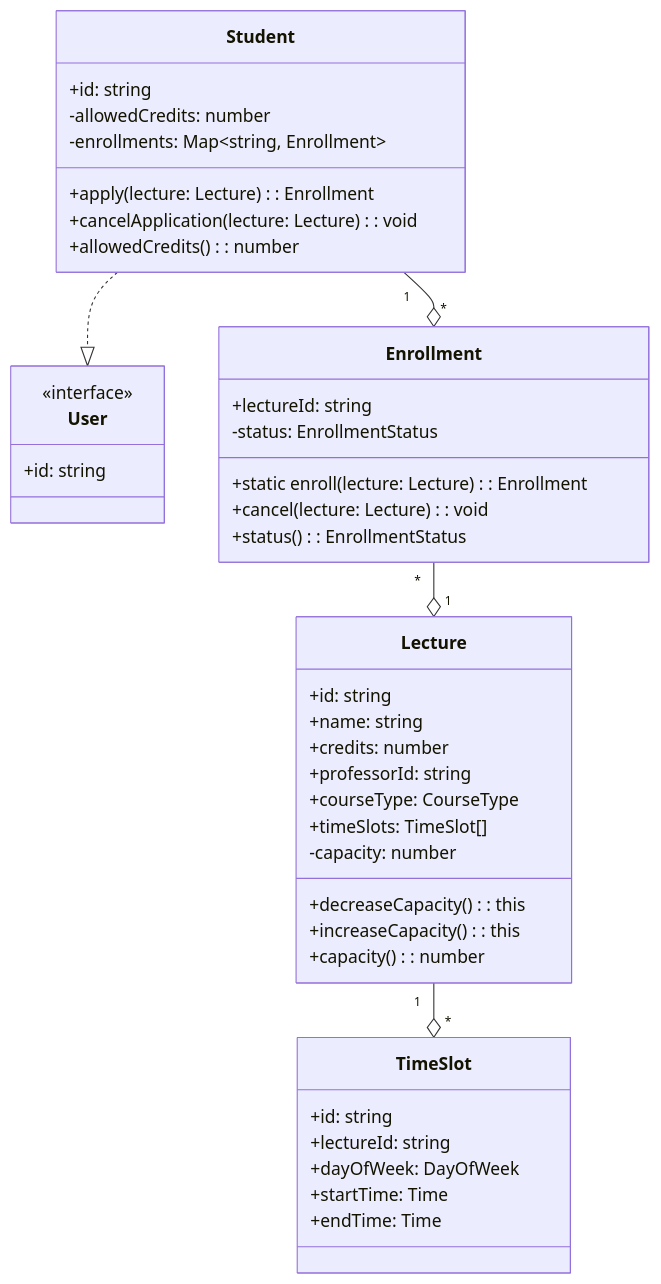
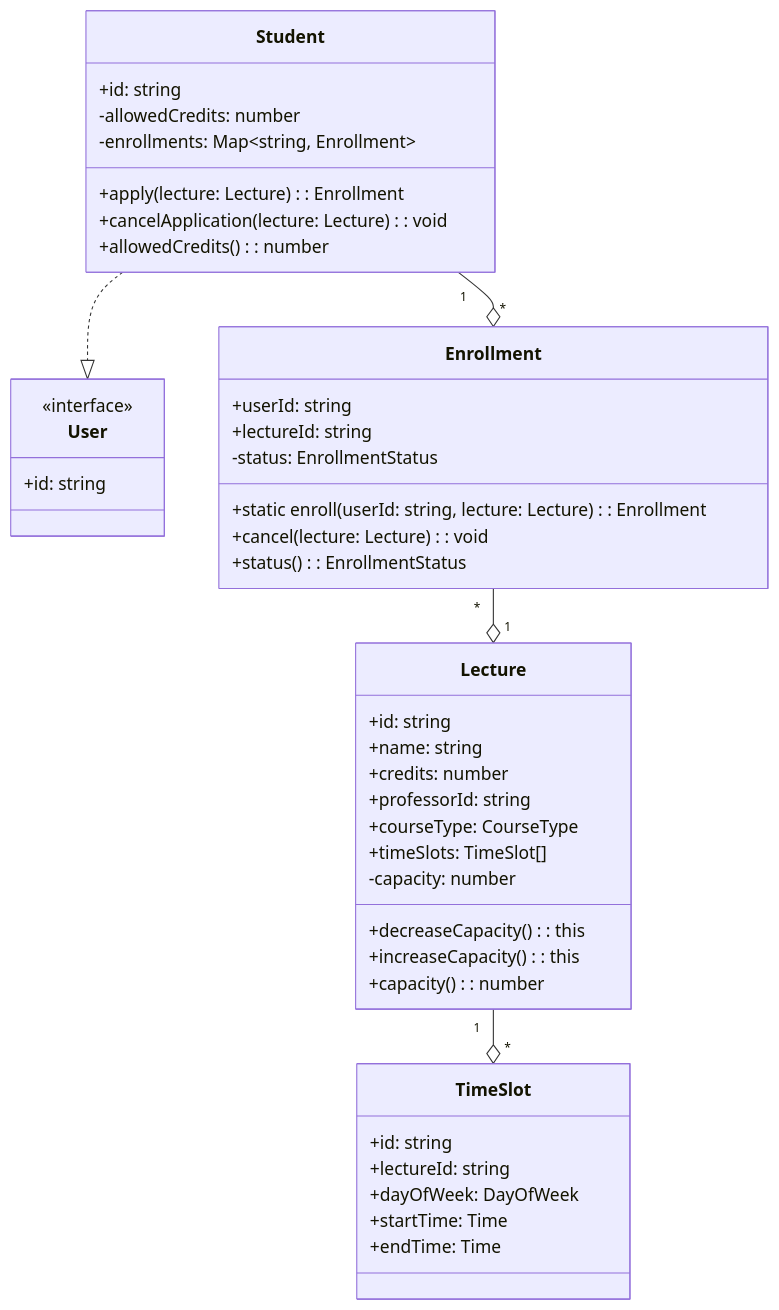
The diagram in parts/part-2-학사관리-시스템/jimyung/src/README.md (ModelToSystem/modeling), drawn with Mermaid before and after one commit. The commit also changed 4 other files, not shown here.

````diff
--- a/parts/part-2-학사관리-시스템/jimyung/src/README.md
+++ b/parts/part-2-학사관리-시스템/jimyung/src/README.md
@@ -9,50 +9,51 @@
 ```mermaid
 classDiagram
-class User {
-<<interface>>
-+id: string
-}
+    class User {
+        <<interface>>
+        +id: string
+    }
 
     class Student {
         +id: string
         -allowedCredits: number
         -enrollments: Map~string, Enrollment~
         +apply(lecture: Lecture): Enrollment
         +cancelApplication(lecture: Lecture): void
         +allowedCredits(): number
     }
 
     class Enrollment {
+        +userId: string
         +lectureId: string
         -status: EnrollmentStatus
-        +static enroll(lecture: Lecture): Enrollment
+        +static enroll(userId: string, lecture: Lecture): Enrollment
         +cancel(lecture: Lecture): void
         +status(): EnrollmentStatus
     }
 
     class Lecture {
         +id: string
         +name: string
         +credits: number
         +professorId: string
         +courseType: CourseType
         +timeSlots: TimeSlot[]
         -capacity: number
         +decreaseCapacity(): this
         +increaseCapacity(): this
         +capacity(): number
     }
 
     class TimeSlot {
         +id: string
         +lectureId: string
         +dayOfWeek: DayOfWeek
         +startTime: Time
         +endTime: Time
     }
 
     Student ..|> User
     Student "1" --o "*" Enrollment
     Enrollment "*" --o "1" Lecture
     Lecture "1" --o "*" TimeSlot
 ```
````
